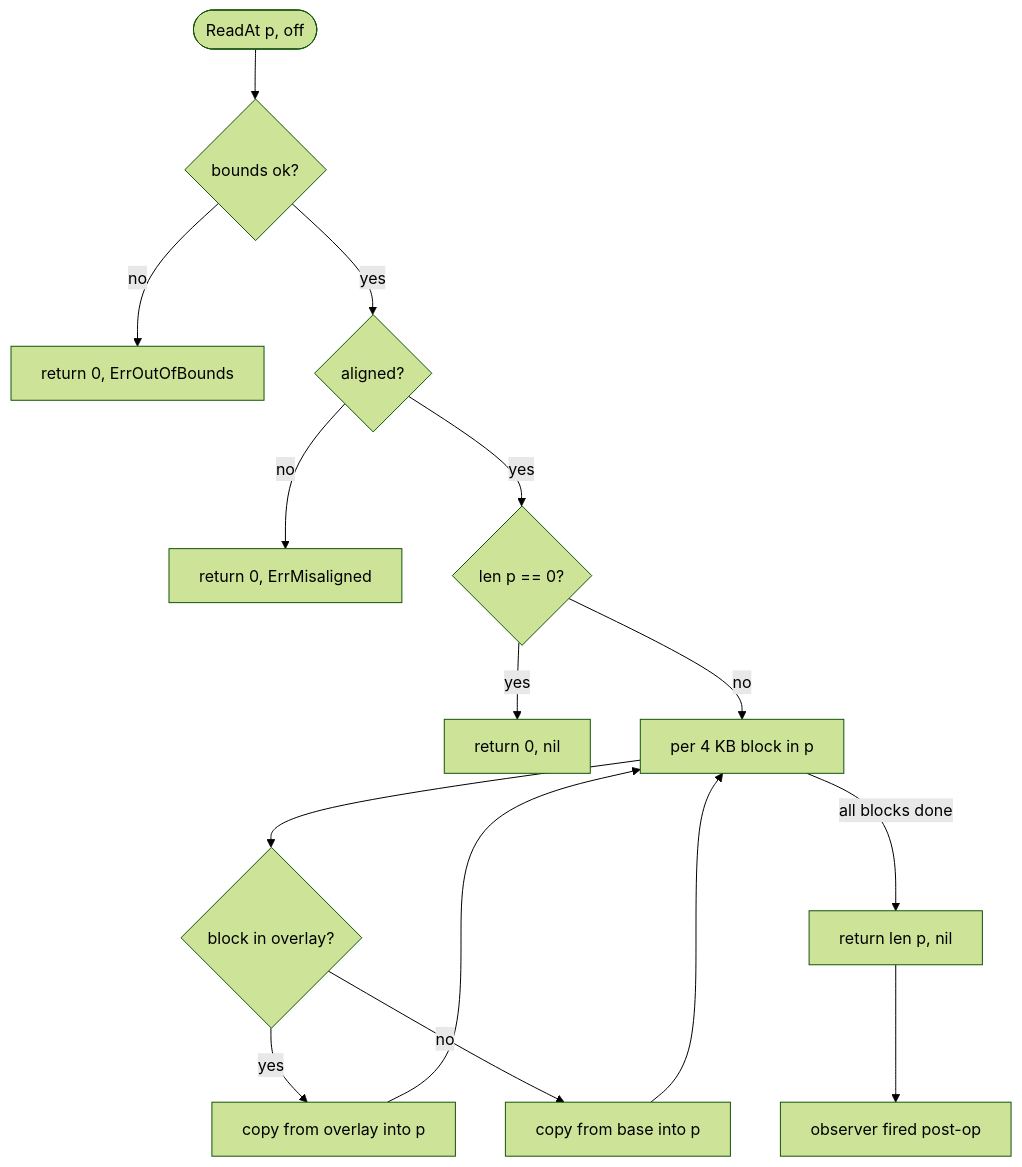
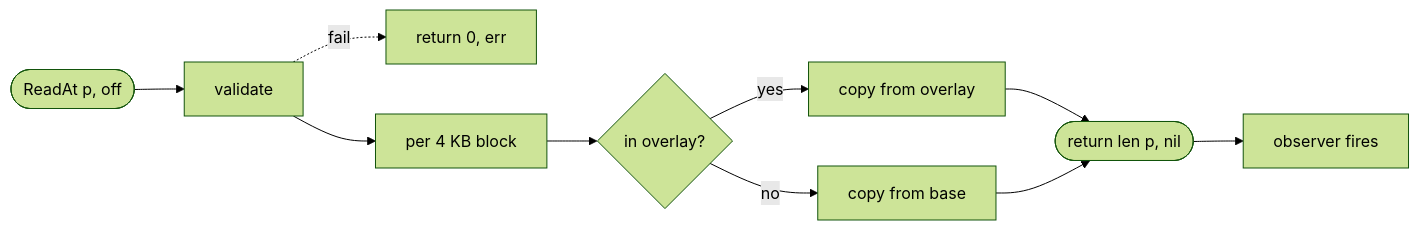
The second of 3 diagrams in README.md (codingminions/blockdev), drawn with Mermaid (forest theme) before and after one commit. The commit also changed other lines of this file, not shown here.

Commit message:
Update README diagrams and order.

````diff
--- a/README.md
+++ b/README.md
@@ -103,17 +105,12 @@
 ```mermaid
-flowchart TD
-    Start([ReadAt p, off]) --> B{bounds ok?}
-    B -->|no| E1[return 0, ErrOutOfBounds]
-    B -->|yes| A{aligned?}
-    A -->|no| E2[return 0, ErrMisaligned]
-    A -->|yes| Z{len p == 0?}
-    Z -->|yes| R0[return 0, nil]
-    Z -->|no| L[per 4 KB block in p]
-    L --> Q{block in overlay?}
-    Q -->|yes| CO[copy from overlay into p]
-    Q -->|no| CB[copy from base into p]
-    CO --> L
-    CB --> L
-    L -->|all blocks done| Done[return len p, nil]
-    Done --> Obs[observer fired post-op]
+flowchart LR
+    A([ReadAt p, off]) --> V[validate]
+    V -.->|fail| X[return 0, err]
+    V --> B[per 4 KB block]
+    B --> Q{in overlay?}
+    Q -->|yes| O[copy from overlay]
+    Q -->|no| C[copy from base]
+    O --> R([return len p, nil])
+    C --> R
+    R --> E[observer fires]
 ```
````
